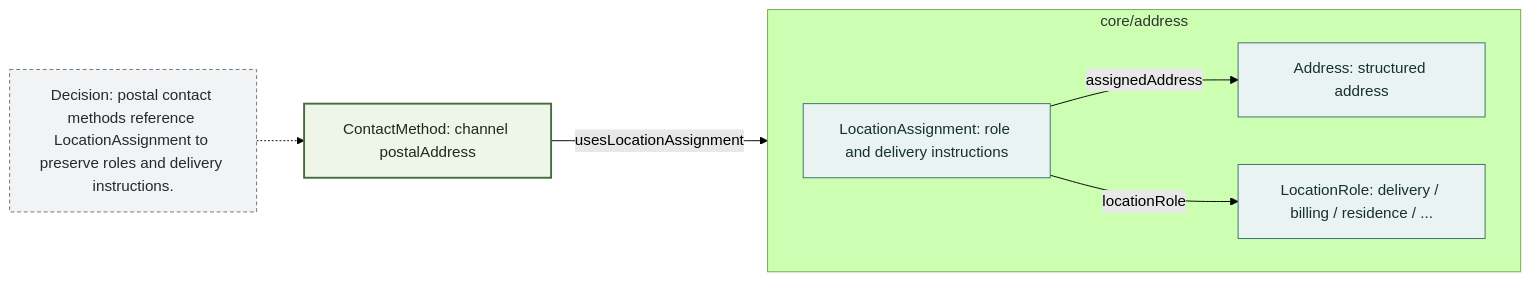
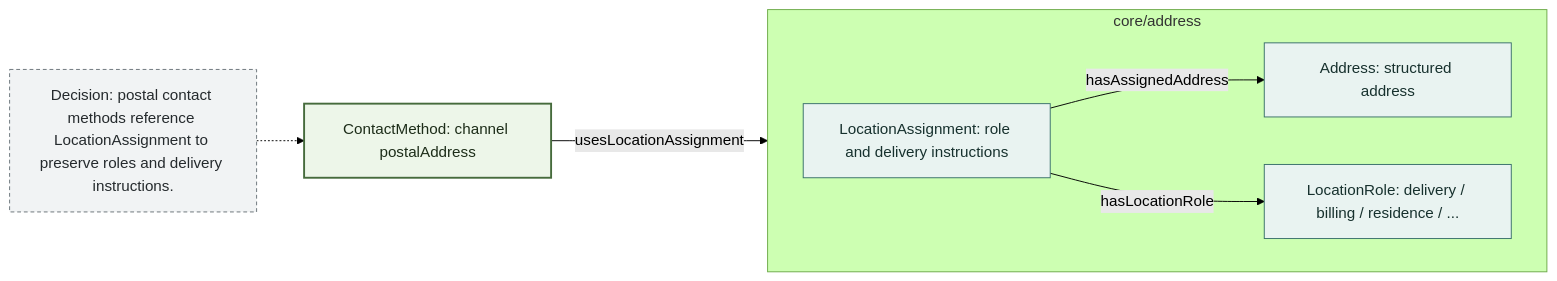
The third of 5 diagrams in modules/core/contact/docs/diagrams/contact-concept-model.md (project-construct-x/constructx-ontologies), drawn with Mermaid (forest theme) before and after one commit. The commit also changed other lines of this file and 72 other files, not shown here.

````diff
--- a/modules/core/contact/docs/diagrams/contact-concept-model.md
+++ b/modules/core/contact/docs/diagrams/contact-concept-model.md
@@ -88,26 +88,26 @@
 ```mermaid
 flowchart LR
     Method["ContactMethod: channel postalAddress"]
 
     subgraph ADDRESS["core/address"]
         direction LR
         Assignment["LocationAssignment: role and delivery instructions"]
         Address["Address: structured address"]
         Role["LocationRole: delivery / billing / residence / ..."]
-        Assignment -->|"assignedAddress"| Address
-        Assignment -->|"locationRole"| Role
+        Assignment -->|"hasAssignedAddress"| Address
+        Assignment -->|"hasLocationRole"| Role
     end
 
     Method -->|"usesLocationAssignment"| Assignment
 
     Decision["Decision: postal contact methods reference LocationAssignment to preserve roles and delivery instructions."]
     Decision -.-> Method
 
     classDef contact fill:#edf6e9,stroke:#466b3c,color:#1d2d19,stroke-width:2px;
     classDef address fill:#e9f3f1,stroke:#39706a,color:#17312e;
     classDef note fill:#f1f3f4,stroke:#6b747a,color:#252a2d,stroke-dasharray:4 3;
 
     class Method contact;
     class Assignment,Address,Role address;
     class Decision note;
 ```
````
